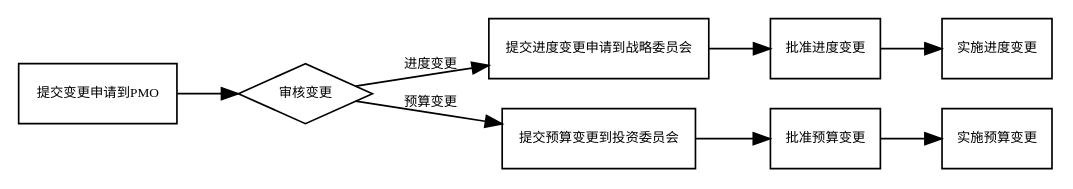
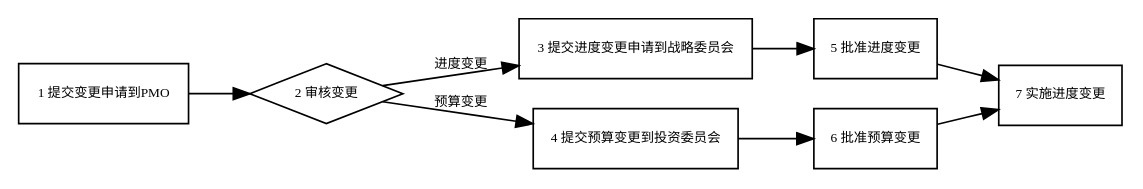
One commit to cruiurc/cruiurc.github.io changed the diagram in source/work/lp/asset/项目变更流程.rst. Above: the diagram before and after it, drawn with Graphviz. The commit also changed other lines of this file and 1 other file, not shown here.

```diff
--- a/source/work/lp/asset/项目变更流程.rst
+++ b/source/work/lp/asset/项目变更流程.rst
@@ -24,20 +33,19 @@
 .. graphviz::
 
     digraph 变更{
         rankdir=LR
         {
-          提交变更申请到PMO [shape=box fontsize=8];
-          审核变更 [shape=diamond fontsize=8];
-          提交进度变更申请到战略委员会 [shape=box fontsize=8];
-          提交预算变更到投资委员会 [shape=box fontsize=8];
-          批准进度变更 [shape=box fontsize=8];
-          批准预算变更 [shape=box fontsize=8];
-          实施进度变更 [shape=box fontsize=8];
-          实施预算变更 [shape=box fontsize=8];
+          提交变更申请到PMO [shape=box fontsize=8 label="1 提交变更申请到PMO"];
+          审核变更 [shape=diamond fontsize=8 label="2 审核变更"];
+          提交进度变更申请到战略委员会 [shape=box fontsize=8 label="3 提交进度变更申请到战略委员会"];
+          提交预算变更到投资委员会 [shape=box fontsize=8 label="4 提交预算变更到投资委员会"];
+          批准进度变更 [shape=box fontsize=8 label="5 批准进度变更"];
+          批准预算变更 [shape=box fontsize=8 label="6 批准预算变更"];
+          实施变更 [shape=box fontsize=8 label="7 实施进度变更"];
         }
           提交变更申请到PMO -> 审核变更;
           审核变更 -> 提交进度变更申请到战略委员会 [label="进度变更" fontsize=8];
-          提交进度变更申请到战略委员会 -> 批准进度变更 -> 实施进度变更;
+          提交进度变更申请到战略委员会 -> 批准进度变更 -> 实施变更;
           审核变更 -> 提交预算变更到投资委员会 [label="预算变更" fontsize=8];
-          提交预算变更到投资委员会 -> 批准预算变更 -> 实施预算变更;
+          提交预算变更到投资委员会 -> 批准预算变更 -> 实施变更;
         }
```
